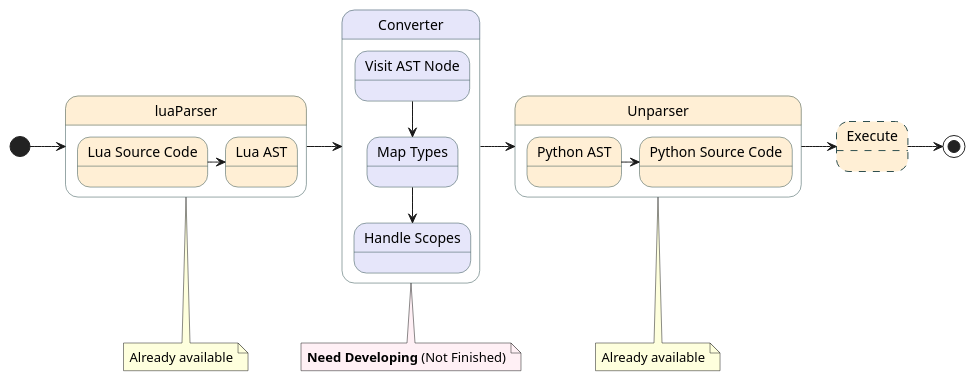
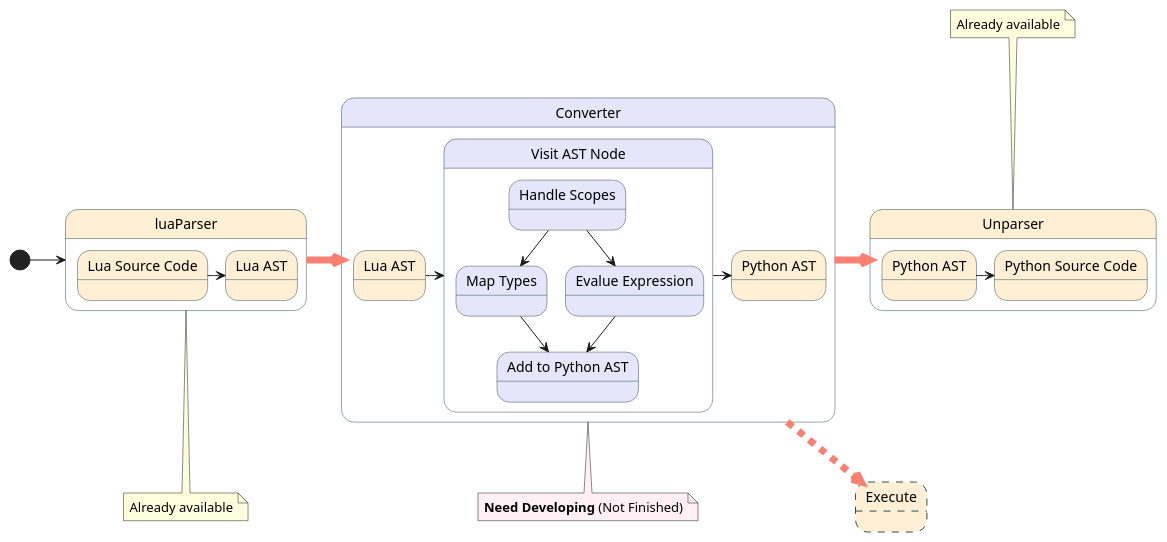
One commit to nujiy/lua2python changed the diagram in Image/state_diagram.puml. Above: the diagram before and after it, drawn with PlantUML. The commit also changed 1 other file, not shown here.

```diff
--- a/Image/state_diagram.puml
+++ b/Image/state_diagram.puml
@@ -1,53 +1,63 @@
 @startuml
 skinparam state {
     BackgroundColor PapayaWhip
     BorderColor DarkSlateGray
 }
 
 state luaParser {
   state "Lua AST" as luaast
   state "Lua Source Code" as luasource
 
   luasource -> luaast
 }
 
 state Converter #Lavender {
-  state "Visit AST Node" as visit #Lavender 
-  state "Map Types" as types #Lavender
-  state "Handle Scopes" as scopes #Lavender
+  state "Lua AST" as luaast_
+  state "Visit AST Node" as visit #Lavender {
+    state "Map Types" as types #Lavender
+    state "Handle Scopes" as scopes #Lavender
+    state "Evalue Expression" as evalue #Lavender
+    state "Add to Python AST" as add #Lavender
+     scopes --> types
+     scopes --> evalue
+     evalue --> add
+     types --> add
+  }
+  state "Python AST" as pyast_
+  luaast_ -> visit
+  visit -> pyast_
+}
   
-  visit --> types
-  types --> scopes
-}
 
 state Unparser {
   state "Python AST" as pyast
   state "Python Source Code" as pycode
 
   pyast -> pycode
 }
 
 state Execute #line.dashed;line.bold; {
 
 }
 
-[*] -> luaParser
-luaParser -> Converter
-Converter -> Unparser
-Unparser -> Execute
-Execute -> [*]
+[*] -> luaParser 
+luaParser -[#salmon,thickness=7]> Converter
+Converter -[#salmon,thickness=7]> Unparser
+Converter -[#salmon,dashed,thickness=7]> Execute
+Unparser --[hidden]> Execute
+' Execute -> [*]
 
 note bottom of luaParser
 Already available
 end note
 
 
-note bottom of Unparser
+note top of Unparser
 Already available
 end note
 
 note bottom of Converter #LavenderBlush
 <b>Need Developing</b> (Not Finished)
 end note
 
 @enduml
```
